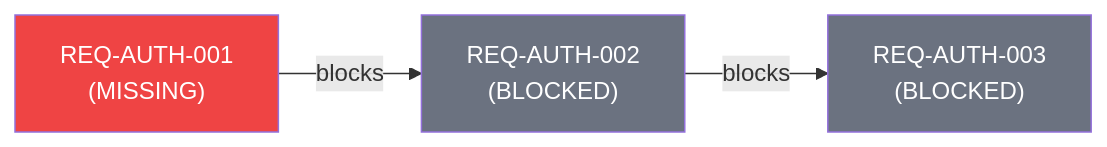
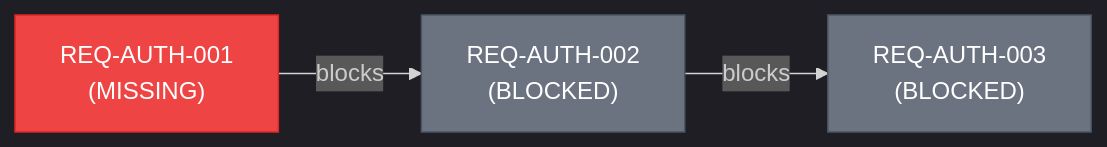
The second of 2 diagrams in src/content/docs/reference/lifecycle.md (rtmx-ai/rtmx.ai), drawn with Mermaid before and after one commit. The commit also changed other lines of this file and 5 other files, not shown here.

First line of the commit message:
fix: force dark mode, update roadmap, fix diagram contrast, code theme

````diff
--- a/src/content/docs/reference/lifecycle.md
+++ b/src/content/docs/reference/lifecycle.md
@@ -71,13 +66,14 @@
 ```mermaid
+%%{init: {'theme': 'dark'}}%%
 flowchart LR
     A["REQ-AUTH-001<br/>(MISSING)"]
     B["REQ-AUTH-002<br/>(BLOCKED)"]
     C["REQ-AUTH-003<br/>(BLOCKED)"]
 
     A -- blocks --> B
     B -- blocks --> C
 
-    style A fill:#ef4444,color:#fff
-    style B fill:#6b7280,color:#fff
-    style C fill:#6b7280,color:#fff
+    style A fill:#ef4444,color:#fff,stroke:#dc2626
+    style B fill:#6b7280,color:#fff,stroke:#4b5563
+    style C fill:#6b7280,color:#fff,stroke:#4b5563
 ```
````
